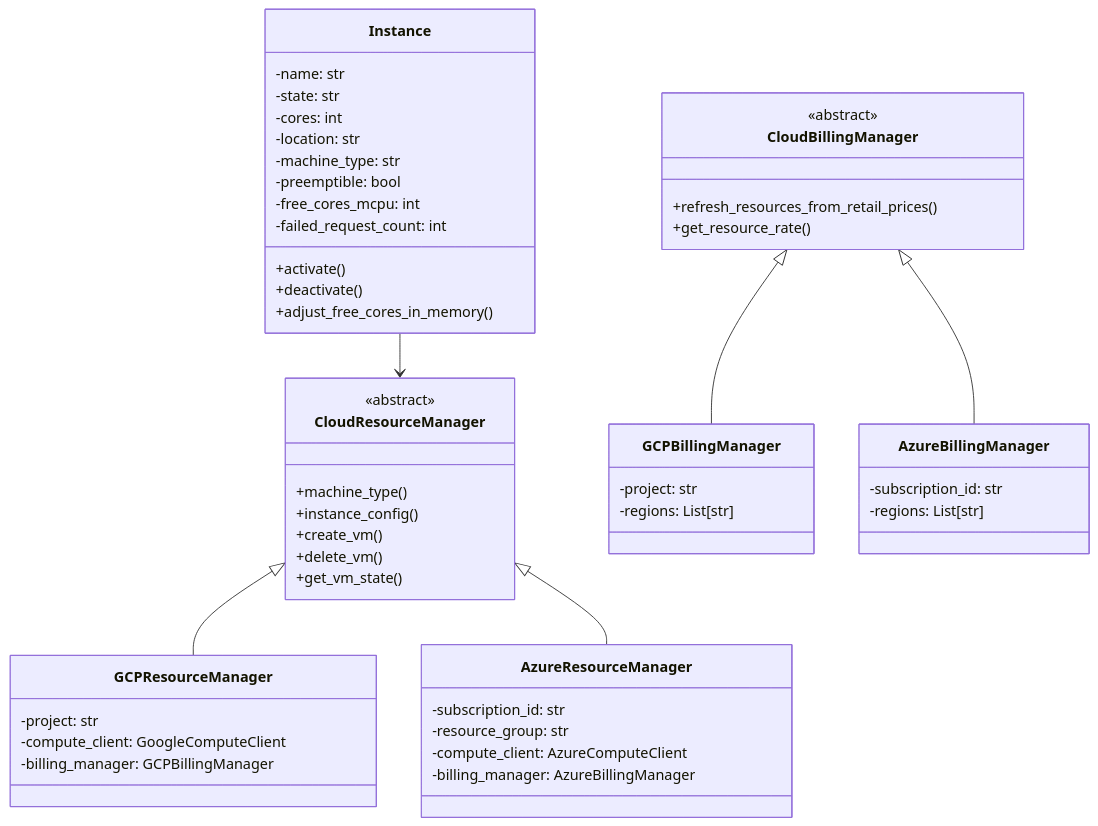
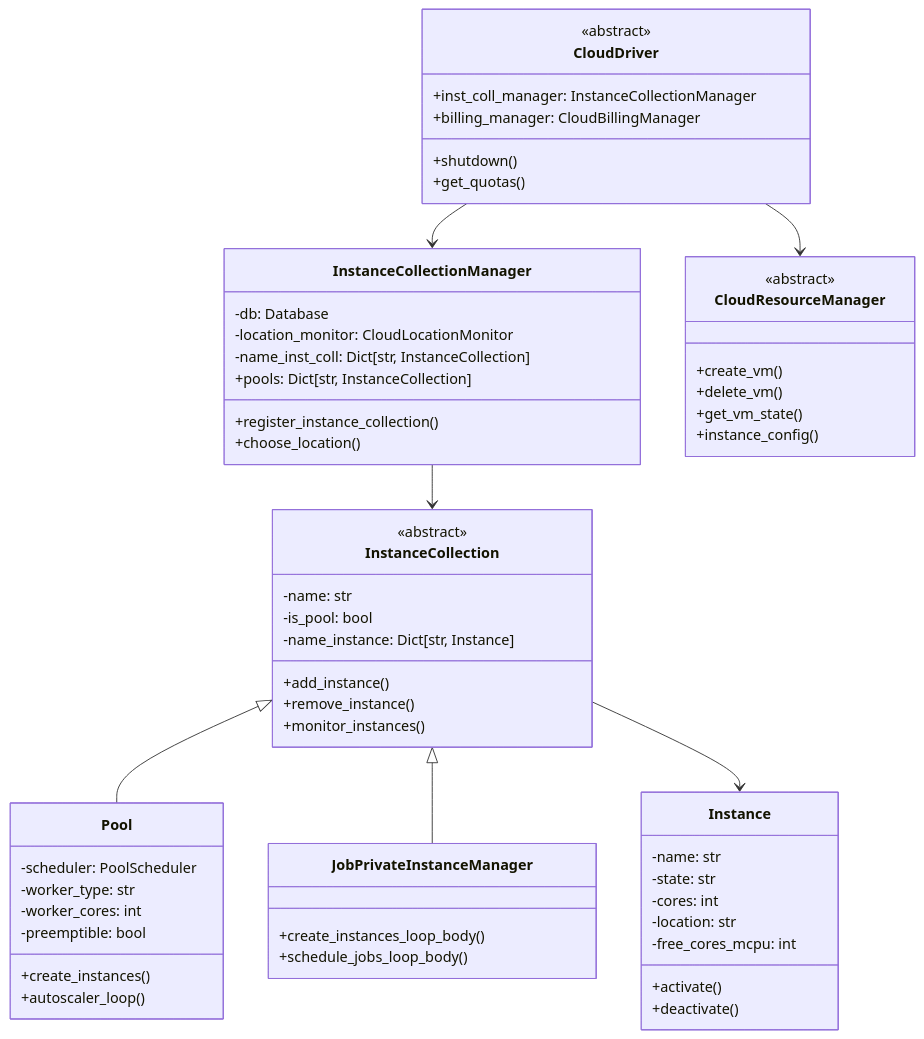
The fourth of 9 diagrams in dev-docs/services/batch/code-structure.md (cjllanwarne/hail), drawn with Mermaid before and after one commit. The commit also changed other lines of this file, not shown here.

````diff
--- a/dev-docs/services/batch/code-structure.md
+++ b/dev-docs/services/batch/code-structure.md
@@ -164,60 +154,68 @@
 ```mermaid
 classDiagram
+    class CloudDriver {
+        <<abstract>>
+        +inst_coll_manager: InstanceCollectionManager
+        +billing_manager: CloudBillingManager
+        +shutdown()
+        +get_quotas()
+    }
+    
+    class InstanceCollectionManager {
+        -db: Database
+        -location_monitor: CloudLocationMonitor
+        -name_inst_coll: Dict[str, InstanceCollection]
+        +register_instance_collection()
+        +choose_location()
+        +pools: Dict[str, InstanceCollection]
+    }
+    
+    class InstanceCollection {
+        <<abstract>>
+        -name: str
+        -is_pool: bool
+        -name_instance: Dict[str, Instance]
+        +add_instance()
+        +remove_instance()
+        +monitor_instances()
+    }
+    
+    class Pool {
+        -scheduler: PoolScheduler
+        -worker_type: str
+        -worker_cores: int
+        -preemptible: bool
+        +create_instances()
+        +autoscaler_loop()
+    }
+    
+    class JobPrivateInstanceManager {
+        +create_instances_loop_body()
+        +schedule_jobs_loop_body()
+    }
+    
     class Instance {
         -name: str
         -state: str
         -cores: int
         -location: str
-        -machine_type: str
-        -preemptible: bool
         -free_cores_mcpu: int
-        -failed_request_count: int
         +activate()
         +deactivate()
-        +adjust_free_cores_in_memory()
     }
     
     class CloudResourceManager {
         <<abstract>>
-        +machine_type()
-        +instance_config()
         +create_vm()
         +delete_vm()
         +get_vm_state()
+        +instance_config()
     }
     
-    class GCPResourceManager {
-        -project: str
-        -compute_client: GoogleComputeClient
-        -billing_manager: GCPBillingManager
-    }
-    
-    class AzureResourceManager {
-        -subscription_id: str
-        -resource_group: str
-        -compute_client: AzureComputeClient
-        -billing_manager: AzureBillingManager
-    }
-    
-    class CloudBillingManager {
-        <<abstract>>
-        +refresh_resources_from_retail_prices()
-        +get_resource_rate()
-    }
-    
-    class GCPBillingManager {
-        -project: str
-        -regions: List[str]
-    }
-    
-    class AzureBillingManager {
-        -subscription_id: str
-        -regions: List[str]
-    }
-    
-    CloudResourceManager <|-- GCPResourceManager
-    CloudResourceManager <|-- AzureResourceManager
-    CloudBillingManager <|-- GCPBillingManager
-    CloudBillingManager <|-- AzureBillingManager
-    Instance --> CloudResourceManager
+    CloudDriver --> InstanceCollectionManager
+    InstanceCollectionManager --> InstanceCollection
+    InstanceCollection <|-- Pool
+    InstanceCollection <|-- JobPrivateInstanceManager
+    InstanceCollection --> Instance
+    CloudDriver --> CloudResourceManager
 ```
````
